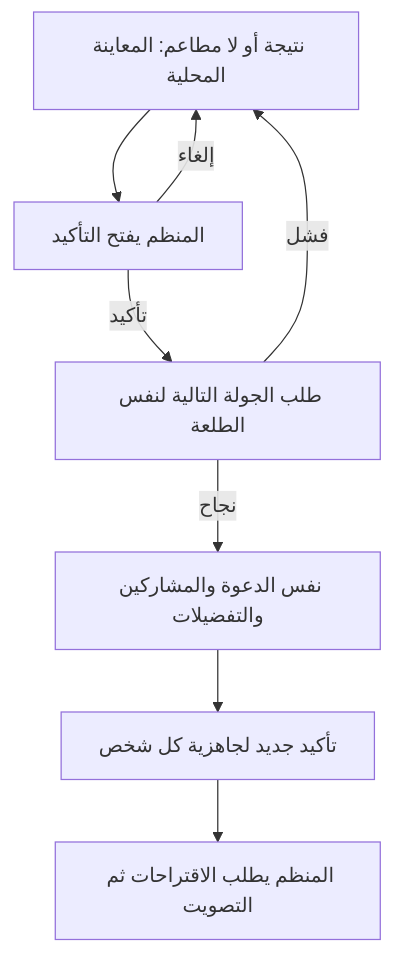
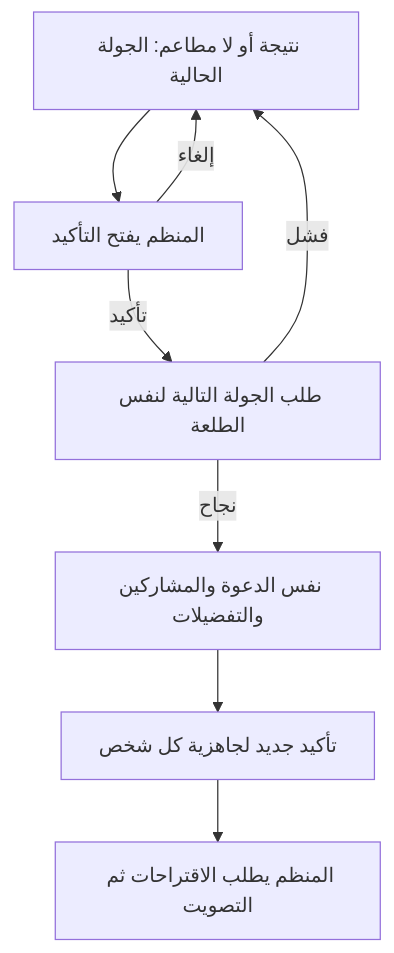
One commit to shathaaa1110-arch/Portfolio-Project changed the second of 2 diagrams in Docs/Session-Flow.ar.md. Above: the diagram before and after it, drawn with Mermaid. The commit also changed other lines of this file and 13 other files, not shown here.

````diff
--- a/Docs/Session-Flow.ar.md
+++ b/Docs/Session-Flow.ar.md
@@ -50,10 +52,10 @@
 ```mermaid
 flowchart TD
-  R[نتيجة أو لا مطاعم: المعاينة المحلية] --> C[المنظم يفتح التأكيد]
+  R[نتيجة أو لا مطاعم: الجولة الحالية] --> C[المنظم يفتح التأكيد]
   C -- إلغاء --> R
   C -- تأكيد --> P[طلب الجولة التالية لنفس الطلعة]
   P -- فشل --> R
   P -- نجاح --> G[نفس الدعوة والمشاركين والتفضيلات]
   G --> H[تأكيد جديد لجاهزية كل شخص]
   H --> V[المنظم يطلب الاقتراحات ثم التصويت]
 ```
````
